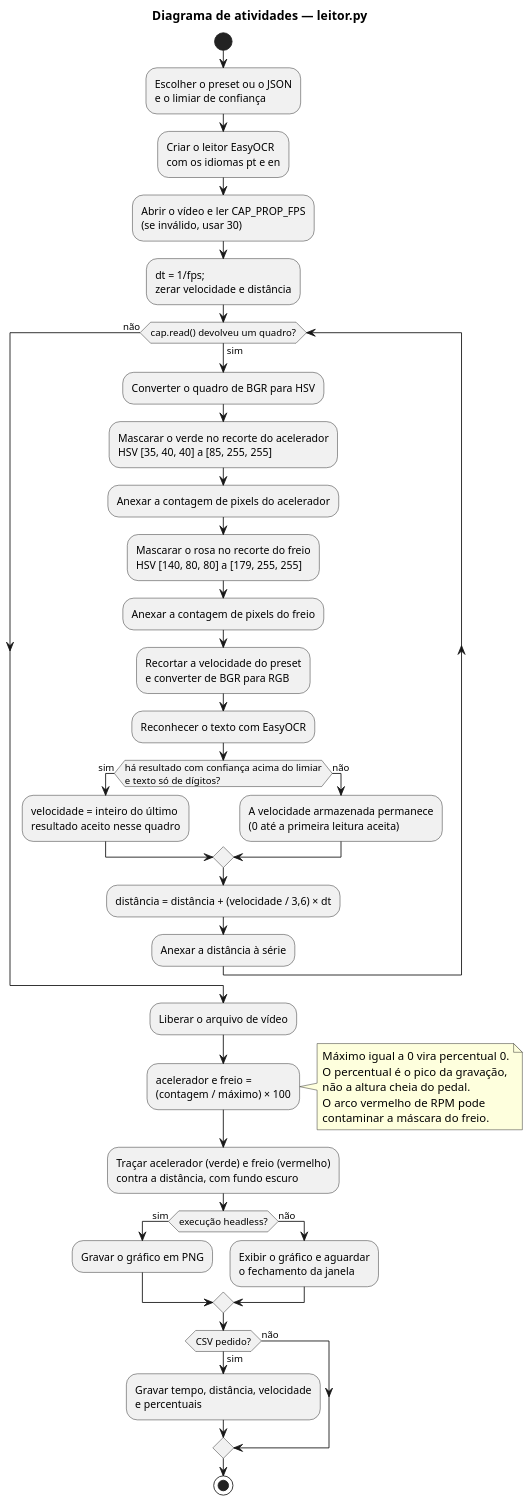
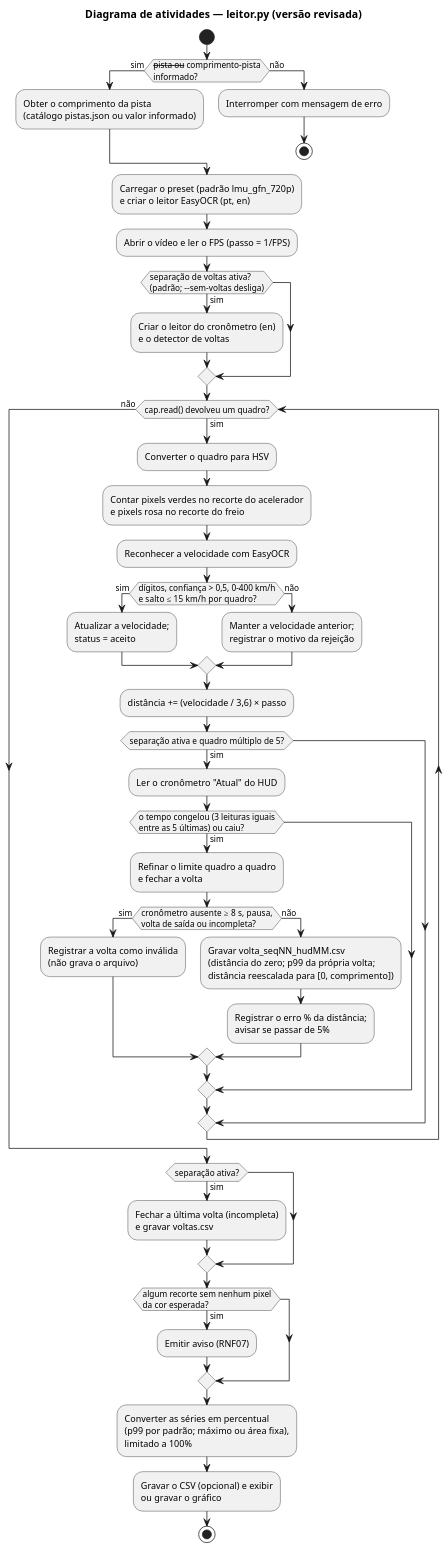
Before and after one commit to Matheus-Hen/telemetria_cloud: the diagram in docs/diagramas/diagrama-atividades.puml, drawn with PlantUML. The commit also changed 12 other files, not shown here.

First line of the commit message:
Exige a pista e fixa o eixo de distância no comprimento oficial

```diff
--- a/docs/diagramas/diagrama-atividades.puml
+++ b/docs/diagramas/diagrama-atividades.puml
@@ -1,51 +1,54 @@
 @startuml diagrama-atividades
 skinparam shadowing false
-skinparam dpi 140
+skinparam dpi 120
 skinparam backgroundColor white
 
-title Diagrama de atividades — leitor.py
+title Diagrama de atividades — leitor.py (versão revisada)
 
 start
-:Escolher o preset ou o JSON\ne o limiar de confiança;
-:Criar o leitor EasyOCR\ncom os idiomas pt e en;
-:Abrir o vídeo e ler CAP_PROP_FPS\n(se inválido, usar 30);
-:dt = 1/fps;\nzerar velocidade e distância;
+if (--pista ou --comprimento-pista\ninformado?) then (sim)
+  :Obter o comprimento da pista\n(catálogo pistas.json ou valor informado);
+else (não)
+  :Interromper com mensagem de erro;
+  stop
+endif
+:Carregar o preset (padrão lmu_gfn_720p)\ne criar o leitor EasyOCR (pt, en);
+:Abrir o vídeo e ler o FPS (passo = 1/FPS);
+if (separação de voltas ativa?\n(padrão; --sem-voltas desliga)) then (sim)
+  :Criar o leitor do cronômetro (en)\ne o detector de voltas;
+endif
 
 while (cap.read() devolveu um quadro?) is (sim)
-  :Converter o quadro de BGR para HSV;
-  :Mascarar o verde no recorte do acelerador\nHSV [35, 40, 40] a [85, 255, 255];
-  :Anexar a contagem de pixels do acelerador;
-  :Mascarar o rosa no recorte do freio\nHSV [140, 80, 80] a [179, 255, 255];
-  :Anexar a contagem de pixels do freio;
-  :Recortar a velocidade do preset\ne converter de BGR para RGB;
-  :Reconhecer o texto com EasyOCR;
-  if (há resultado com confiança acima do limiar\ne texto só de dígitos?) then (sim)
-    :velocidade = inteiro do último\nresultado aceito nesse quadro;
+  :Converter o quadro para HSV;
+  :Contar pixels verdes no recorte do acelerador\ne pixels rosa no recorte do freio;
+  :Reconhecer a velocidade com EasyOCR;
+  if (dígitos, confiança > 0,5, 0–400 km/h\ne salto ≤ 15 km/h por quadro?) then (sim)
+    :Atualizar a velocidade;\nstatus = aceito;
   else (não)
-    :A velocidade armazenada permanece\n(0 até a primeira leitura aceita);
+    :Manter a velocidade anterior;\nregistrar o motivo da rejeição;
   endif
-  :distância = distância + (velocidade / 3,6) × dt;
-  :Anexar a distância à série;
+  :distância += (velocidade / 3,6) × passo;
+  if (separação ativa e quadro múltiplo de 5?) then (sim)
+    :Ler o cronômetro "Atual" do HUD;
+    if (o tempo congelou (3 leituras iguais\nentre as 5 últimas) ou caiu?) then (sim)
+      :Refinar o limite quadro a quadro\ne fechar a volta;
+      if (cronômetro ausente ≥ 8 s, pausa,\nvolta de saída ou incompleta?) then (sim)
+        :Registrar a volta como inválida\n(não grava o arquivo);
+      else (não)
+        :Gravar volta_seqNN_hudMM.csv\n(distância do zero; p99 da própria volta;\ndistância reescalada para [0, comprimento]);
+        :Registrar o erro % da distância;\navisar se passar de 5%;
+      endif
+    endif
+  endif
 endwhile (não)
-:Liberar o arquivo de vídeo;
 
-:acelerador e freio =\n(contagem / máximo) × 100;
-note right
-  Máximo igual a 0 vira percentual 0.
-  O percentual é o pico da gravação,
-  não a altura cheia do pedal.
-  O arco vermelho de RPM pode
-  contaminar a máscara do freio.
-end note
-:Traçar acelerador (verde) e freio (vermelho)\ncontra a distância, com fundo escuro;
-if (execução headless?) then (sim)
-  :Gravar o gráfico em PNG;
-else (não)
-  :Exibir o gráfico e aguardar\no fechamento da janela;
+if (separação ativa?) then (sim)
+  :Fechar a última volta (incompleta)\ne gravar voltas.csv;
 endif
-if (CSV pedido?) then (sim)
-  :Gravar tempo, distância, velocidade\ne percentuais;
-else (não)
+if (algum recorte sem nenhum pixel\nda cor esperada?) then (sim)
+  :Emitir aviso (RNF07);
 endif
+:Converter as séries em percentual\n(p99 por padrão; máximo ou área fixa),\nlimitado a 100%;
+:Gravar o CSV (opcional) e exibir\nou gravar o gráfico;
 stop
 @enduml
```
